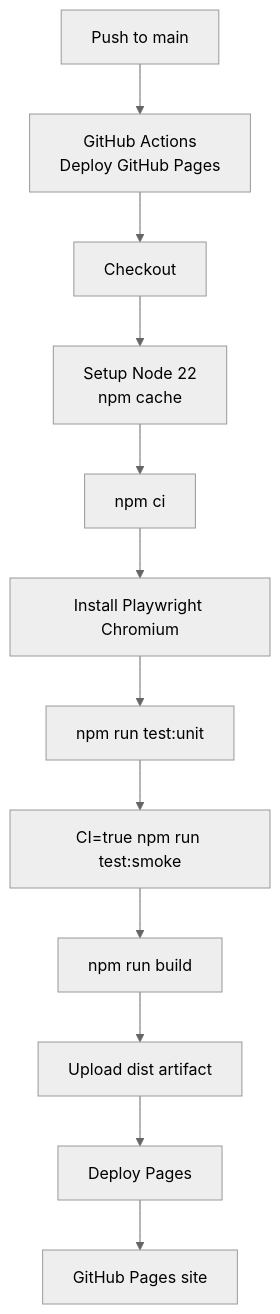
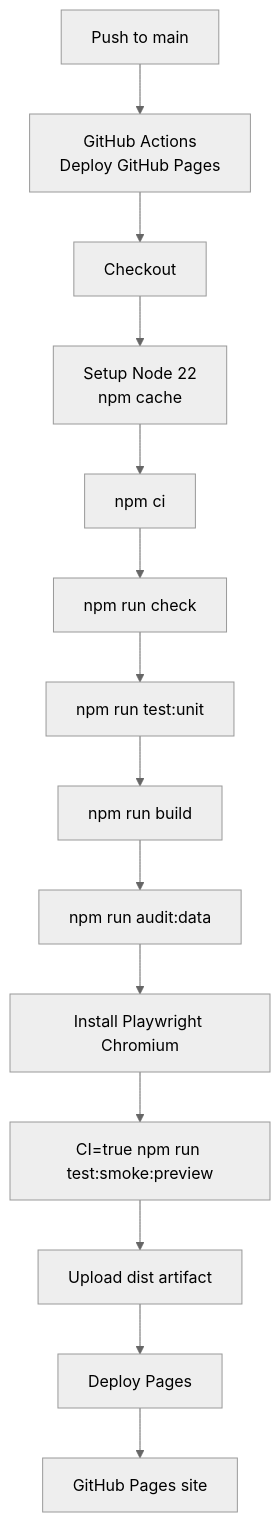
One commit to danysdragons/random-words changed diagram 14 of 14 in docs/architecture.md. Above: the diagram before and after it, drawn with Mermaid (neutral theme). The commit also changed other lines of this file and 11 other files, not shown here.

````diff
--- a/docs/architecture.md
+++ b/docs/architecture.md
@@ -640,27 +650,31 @@
 ```mermaid
 flowchart TD
   Push["Push to main"]
   Actions["GitHub Actions<br/>Deploy GitHub Pages"]
   Checkout["Checkout"]
   Node["Setup Node 22<br/>npm cache"]
   Install["npm ci"]
+  Check["npm run check"]
+  Unit["npm run test:unit"]
+  Build["npm run build"]
+  Audit["npm run audit:data"]
   Browser["Install Playwright Chromium"]
-  Unit["npm run test:unit"]
-  Smoke["CI=true npm run test:smoke"]
-  Build["npm run build"]
+  Smoke["CI=true npm run test:smoke:preview"]
   Upload["Upload dist artifact"]
   Deploy["Deploy Pages"]
   Pages["GitHub Pages site"]
 
   Push --> Actions
   Actions --> Checkout
   Checkout --> Node
   Node --> Install
-  Install --> Browser
-  Browser --> Unit
-  Unit --> Smoke
-  Smoke --> Build
-  Build --> Upload
+  Install --> Check
+  Check --> Unit
+  Unit --> Build
+  Build --> Audit
+  Audit --> Browser
+  Browser --> Smoke
+  Smoke --> Upload
   Upload --> Deploy
   Deploy --> Pages
 ```
````
